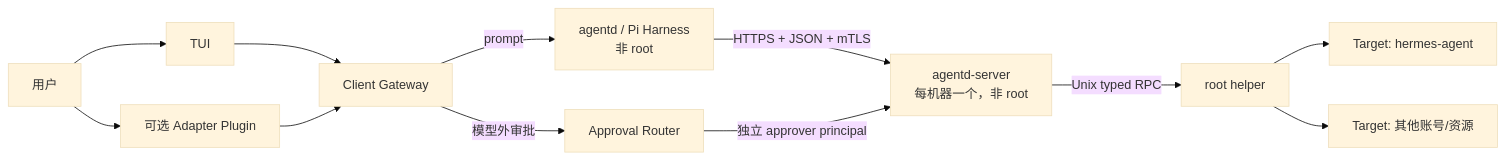
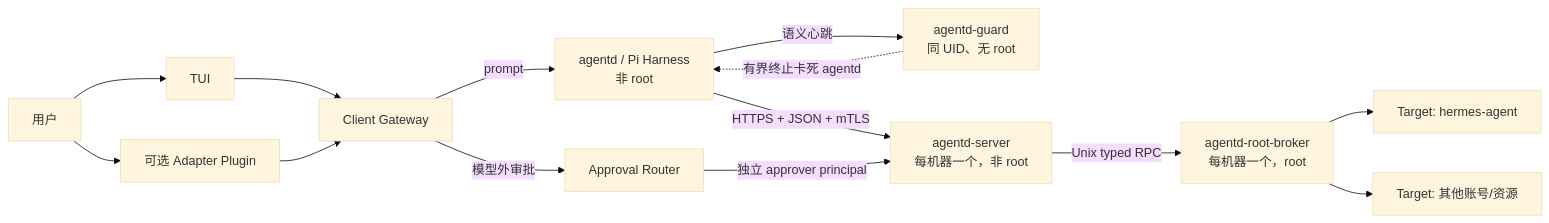
The diagram in README.md (KiritoKing/pi-ops-agent), drawn with Mermaid (base theme) before and after one commit. The commit also changed other lines of this file and 6 other files, not shown here.

Commit message:
docs: align component architecture naming

````diff
--- a/README.md
+++ b/README.md
@@ -34,14 +36,16 @@
 ```mermaid
 flowchart LR
   U["用户"] --> T["TUI"]
   U --> I["可选 Adapter Plugin"]
   T --> G["Client Gateway"]
   I --> G
   G -->|"prompt"| A["agentd / Pi Harness\n非 root"]
   G -->|"模型外审批"| P["Approval Router"]
+  A -->|"语义心跳"| W["agentd-guard\n同 UID、无 root"]
+  W -.->|"有界终止卡死 agentd"| A
   A -->|"HTTPS + JSON + mTLS"| S["agentd-server\n每机器一个，非 root"]
   P -->|"独立 approver principal"| S
-  S -->|"Unix typed RPC"| R["root helper"]
+  S -->|"Unix typed RPC"| R["agentd-root-broker\n每机器一个，root"]
   R --> T1["Target: hermes-agent"]
   R --> T2["Target: 其他账号/资源"]
 ```
````
